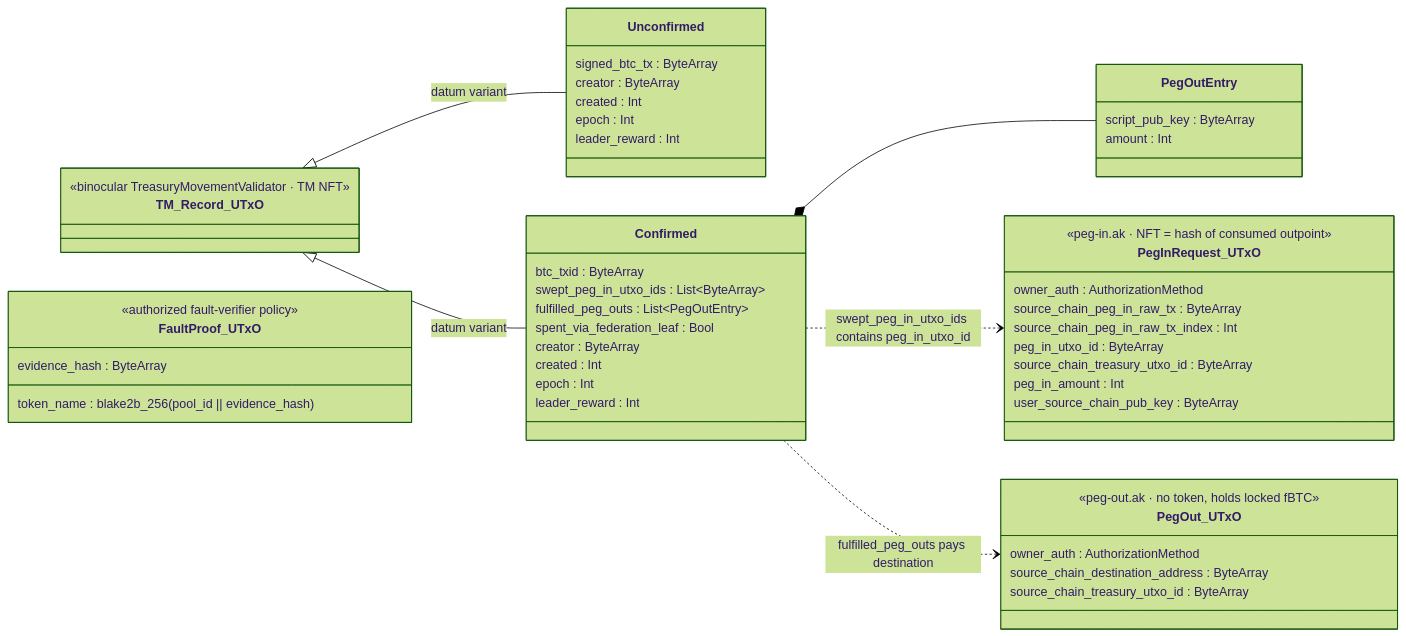
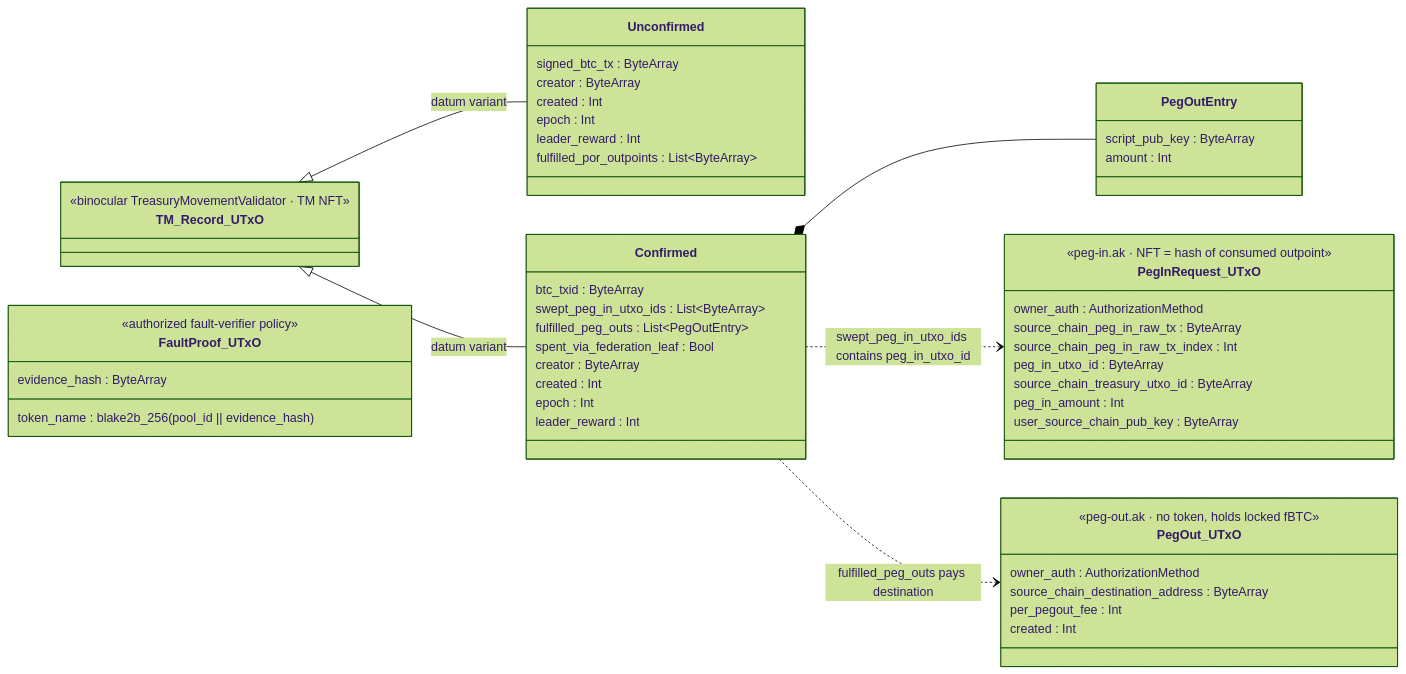
Before and after one commit to rssh/ft-bifrost-bridge: the third of 20 diagrams in documentation/technical_documentation.md, drawn with Mermaid (forest theme). The commit also changed other lines of this file and 1 other file, not shown here.

````diff
--- a/documentation/technical_documentation.md
+++ b/documentation/technical_documentation.md
@@ -531,59 +535,61 @@
 ```mermaid
 classDiagram
     direction LR
 
     class PegInRequest_UTxO {
         <<peg-in.ak · NFT = hash of consumed outpoint>>
         owner_auth : AuthorizationMethod
         source_chain_peg_in_raw_tx : ByteArray
         source_chain_peg_in_raw_tx_index : Int
         peg_in_utxo_id : ByteArray
         source_chain_treasury_utxo_id : ByteArray
         peg_in_amount : Int
         user_source_chain_pub_key : ByteArray
     }
 
     class PegOut_UTxO {
         <<peg-out.ak · no token, holds locked fBTC>>
         owner_auth : AuthorizationMethod
         source_chain_destination_address : ByteArray
-        source_chain_treasury_utxo_id : ByteArray
+        per_pegout_fee : Int
+        created : Int
     }
 
     class TM_Record_UTxO {
         <<binocular TreasuryMovementValidator · TM NFT>>
     }
     class Unconfirmed {
         signed_btc_tx : ByteArray
         creator : ByteArray
         created : Int
         epoch : Int
         leader_reward : Int
+        fulfilled_por_outpoints : List~ByteArray~
     }
     class Confirmed {
         btc_txid : ByteArray
         swept_peg_in_utxo_ids : List~ByteArray~
         fulfilled_peg_outs : List~PegOutEntry~
         spent_via_federation_leaf : Bool
         creator : ByteArray
         created : Int
         epoch : Int
         leader_reward : Int
     }
     class PegOutEntry {
         script_pub_key : ByteArray
         amount : Int
     }
     TM_Record_UTxO <|-- Unconfirmed : datum variant
     TM_Record_UTxO <|-- Confirmed : datum variant
     Confirmed *-- PegOutEntry
 
     class FaultProof_UTxO {
         <<authorized fault-verifier policy>>
         token_name : blake2b_256(pool_id || evidence_hash)
         evidence_hash : ByteArray
     }
 
     Confirmed ..> PegInRequest_UTxO : swept_peg_in_utxo_ids contains peg_in_utxo_id
     Confirmed ..> PegOut_UTxO : fulfilled_peg_outs pays destination
 ```
````
